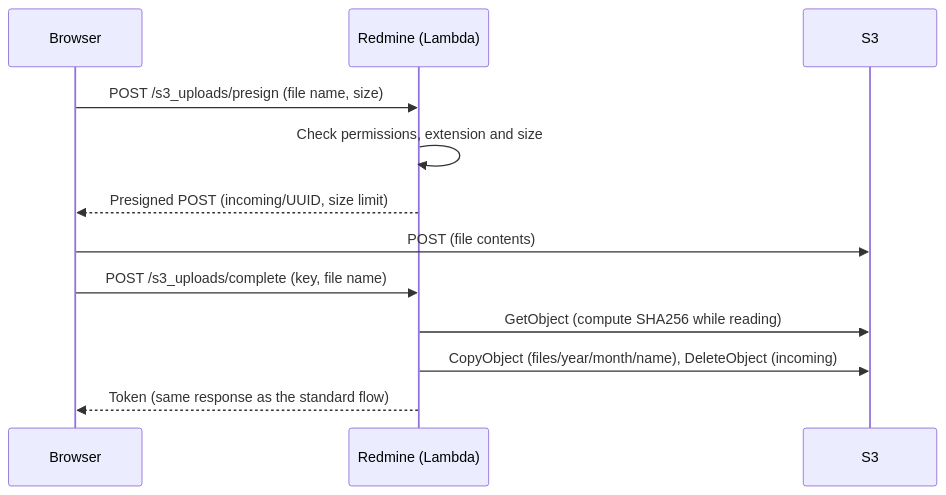
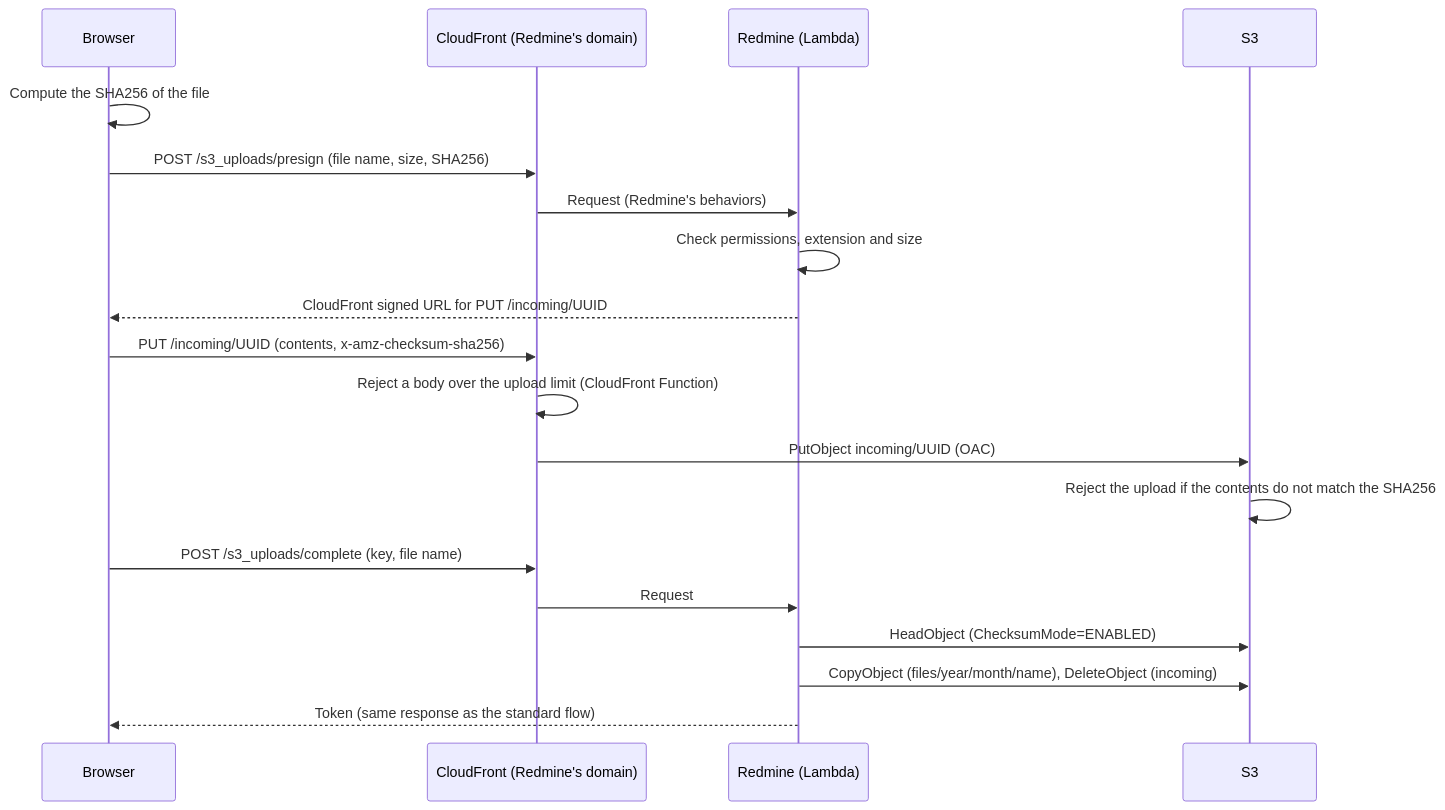
Before and after one commit to redmine-kit/redmine_aws_s3: the first of 3 diagrams in docs/attachments.md, drawn with Mermaid. The commit also changed other lines of this file and 9 other files, not shown here.

First line of the commit message:
Upload and download attachments through CloudFront

````diff
--- a/docs/attachments.md
+++ b/docs/attachments.md
@@ -71,14 +72,21 @@
 ```mermaid
 sequenceDiagram
   participant B as Browser
+  participant C as CloudFront (Redmine's domain)
   participant R as Redmine (Lambda)
   participant S as S3
-  B->>R: POST /s3_uploads/presign (file name, size)
+  B->>B: Compute the SHA256 of the file
+  B->>C: POST /s3_uploads/presign (file name, size, SHA256)
+  C->>R: Request (Redmine's behaviors)
   R->>R: Check permissions, extension and size
-  R-->>B: Presigned POST (incoming/UUID, size limit)
-  B->>S: POST (file contents)
-  B->>R: POST /s3_uploads/complete (key, file name)
-  R->>S: GetObject (compute SHA256 while reading)
+  R-->>B: CloudFront signed URL for PUT /incoming/UUID
+  B->>C: PUT /incoming/UUID (contents, x-amz-checksum-sha256)
+  C->>C: Reject a body over the upload limit (CloudFront Function)
+  C->>S: PutObject incoming/UUID (OAC)
+  S->>S: Reject the upload if the contents do not match the SHA256
+  B->>C: POST /s3_uploads/complete (key, file name)
+  C->>R: Request
+  R->>S: HeadObject (ChecksumMode=ENABLED)
   R->>S: CopyObject (files/year/month/name), DeleteObject (incoming)
   R-->>B: Token (same response as the standard flow)
 ```
````
